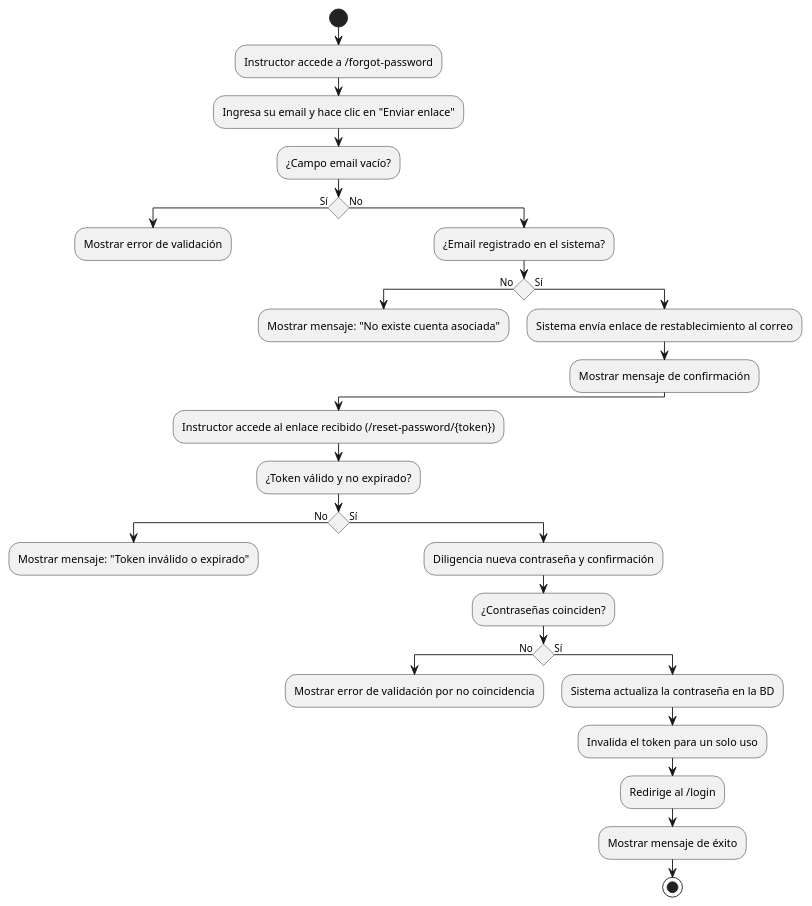
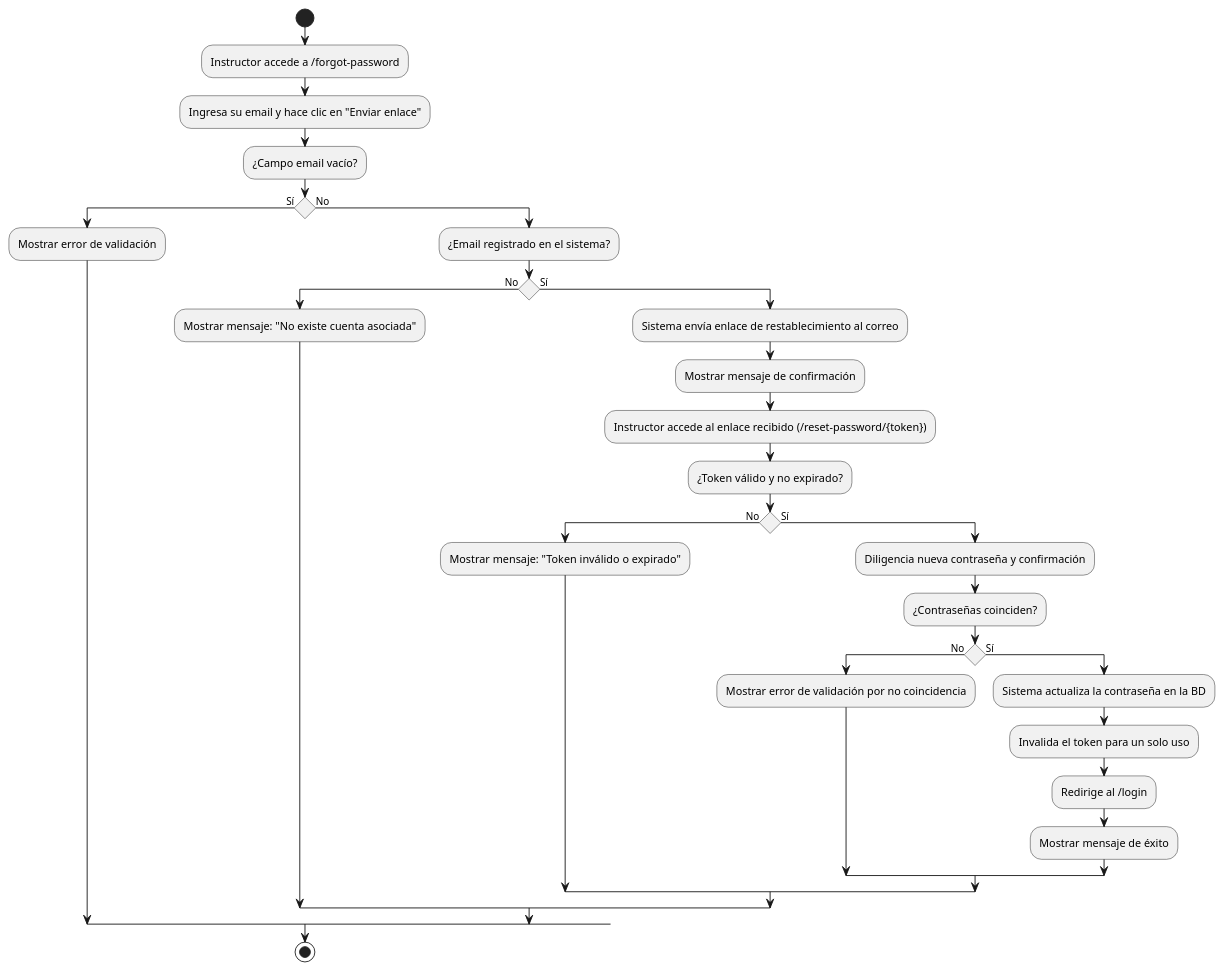
The diagram in document/diagrama_actividades/INS/INS-3.md (MasterErrorCLONE04/SIGERD.1.0), drawn with PlantUML before and after one commit. The commit also changed 28 other files, not shown here.

````diff
--- a/document/diagrama_actividades/INS/INS-3.md
+++ b/document/diagrama_actividades/INS/INS-3.md
@@ -20,48 +20,44 @@
 ```plantuml
 @startuml
 skinparam ConditionEndStyle hline
 
 start
 
 :Instructor accede a /forgot-password;
 :Ingresa su email y hace clic en "Enviar enlace";
 
 :¿Campo email vacío?;
 if () then (Sí)
   :Mostrar error de validación;
-  kill
 else (No)
   :¿Email registrado en el sistema?;
   if () then (No)
     :Mostrar mensaje: "No existe cuenta asociada";
-    kill
   else (Sí)
     :Sistema envía enlace de restablecimiento al correo;
     :Mostrar mensaje de confirmación;
+    
+    :Instructor accede al enlace recibido (/reset-password/{token});
+    
+    :¿Token válido y no expirado?;
+    if () then (No)
+      :Mostrar mensaje: "Token inválido o expirado";
+    else (Sí)
+      :Diligencia nueva contraseña y confirmación;
+      
+      :¿Contraseñas coinciden?;
+      if () then (No)
+        :Mostrar error de validación por no coincidencia;
+      else (Sí)
+        :Sistema actualiza la contraseña en la BD;
+        :Invalida el token para un solo uso;
+        :Redirige al /login;
+        :Mostrar mensaje de éxito;
+      endif
+    endif
   endif
 endif
 
-:Instructor accede al enlace recibido (/reset-password/{token});
-
-:¿Token válido y no expirado?;
-if () then (No)
-  :Mostrar mensaje: "Token inválido o expirado";
-  kill
-else (Sí)
-  :Diligencia nueva contraseña y confirmación;
-  
-  :¿Contraseñas coinciden?;
-  if () then (No)
-    :Mostrar error de validación por no coincidencia;
-    kill
-  else (Sí)
-    :Sistema actualiza la contraseña en la BD;
-    :Invalida el token para un solo uso;
-    :Redirige al /login;
-    :Mostrar mensaje de éxito;
-    stop
-  endif
-endif
-
+stop
 @enduml
 ```
````
